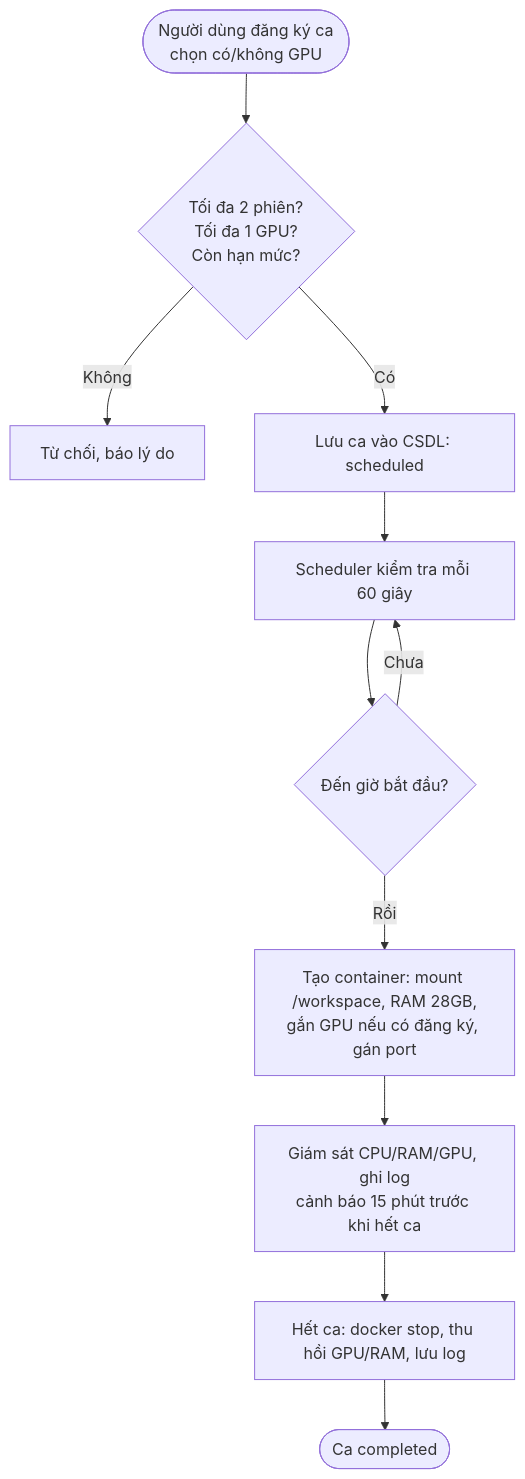
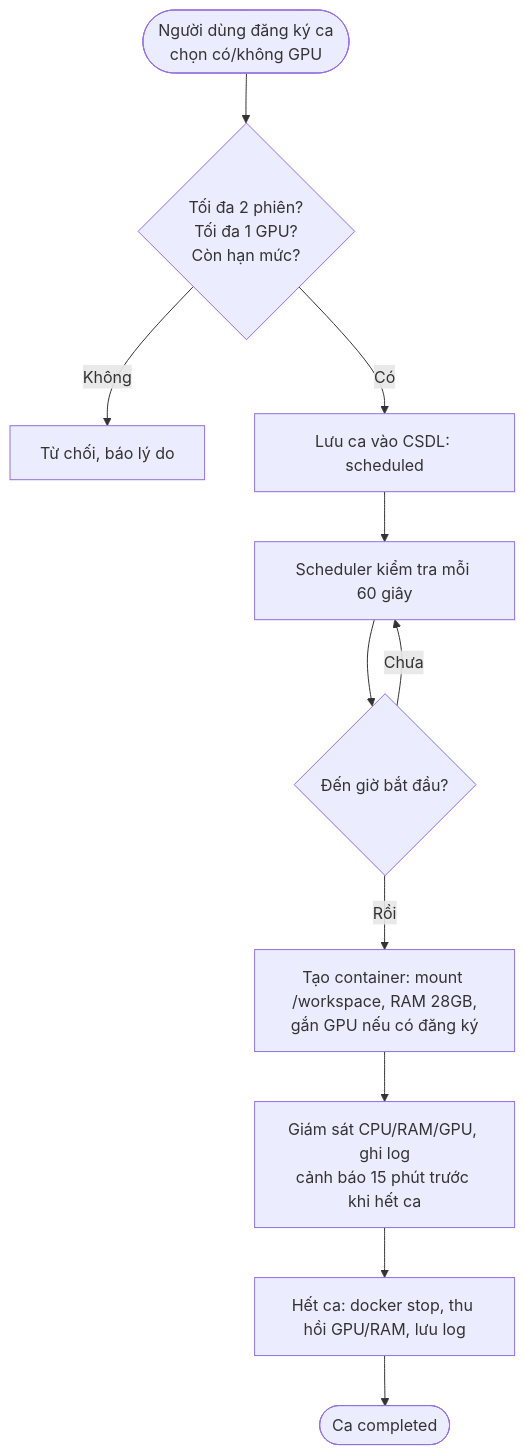
One commit to NguyenHuuViet322/quanlyserver changed the diagram in ke-hoach-server-vmu.md. Above: the diagram before and after it, drawn with Mermaid. The commit also changed other lines of this file and 57 other files, not shown here.

````diff
--- a/ke-hoach-server-vmu.md
+++ b/ke-hoach-server-vmu.md
@@ -231,13 +221,13 @@
 ```mermaid
 flowchart TD
     A([Người dùng đăng ký ca<br/>chọn có/không GPU]) --> B{Tối đa 2 phiên?<br/>Tối đa 1 GPU?<br/>Còn hạn mức?}
     B -- Không --> R[Từ chối, báo lý do]
     B -- Có --> C[Lưu ca vào CSDL: scheduled]
     C --> D[Scheduler kiểm tra mỗi 60 giây]
     D --> E{Đến giờ bắt đầu?}
     E -- Chưa --> D
-    E -- Rồi --> F[Tạo container: mount /workspace, RAM 28GB,<br/>gắn GPU nếu có đăng ký, gán port]
+    E -- Rồi --> F[Tạo container: mount /workspace, RAM 28GB,<br/>gắn GPU nếu có đăng ký]
     F --> G[Giám sát CPU/RAM/GPU, ghi log<br/>cảnh báo 15 phút trước khi hết ca]
     G --> H[Hết ca: docker stop, thu hồi GPU/RAM, lưu log]
     H --> I([Ca completed])
 ```
````
